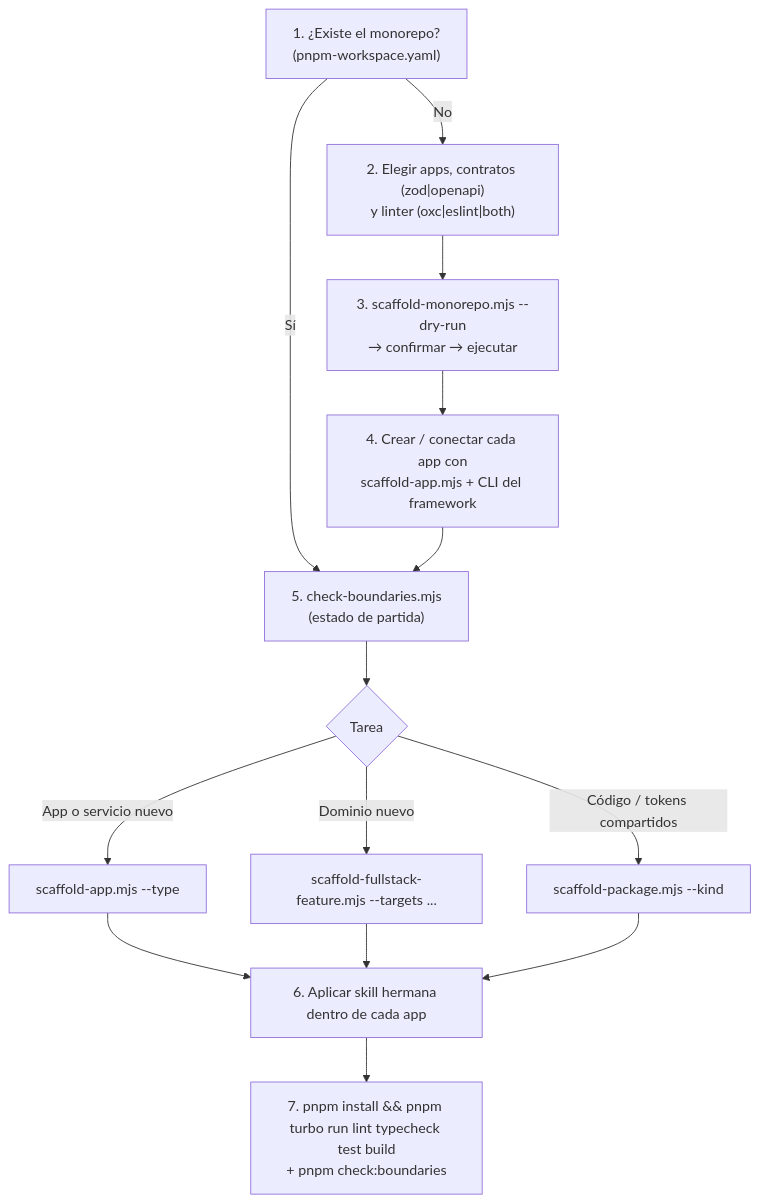
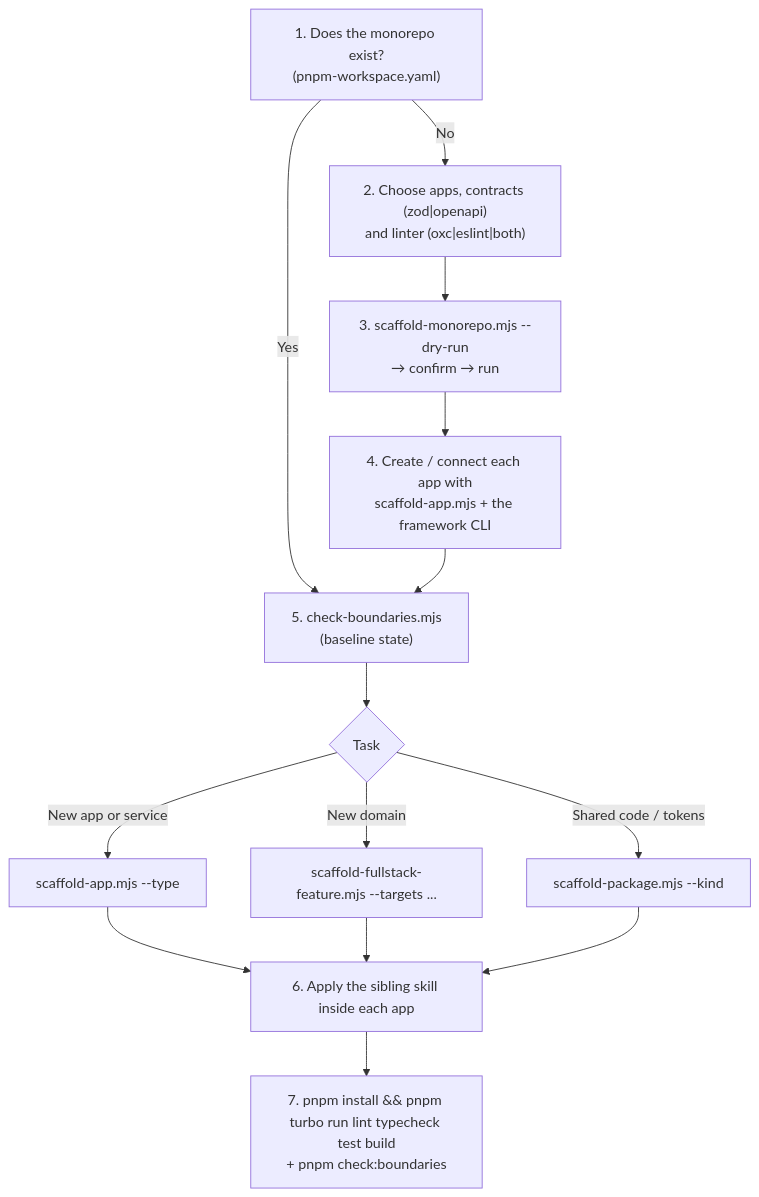
One commit to bryanus1/agent-skills changed the diagram in skills/architecture/monorepo-architecture/SKILL.md. Above: the diagram before and after it, drawn with Mermaid. The commit also changed other lines of this file and 55 other files, not shown here.

First line of the commit message:
docs(architecture): translate the architecture skills to English (#31)

````diff
--- a/skills/architecture/monorepo-architecture/SKILL.md
+++ b/skills/architecture/monorepo-architecture/SKILL.md
@@ -58,16 +61,16 @@
 ```mermaid
 flowchart TD
-    A["1. ¿Existe el monorepo?\n(pnpm-workspace.yaml)"] -->|No| B["2. Elegir apps, contratos (zod|openapi)\ny linter (oxc|eslint|both)"]
-    B --> C["3. scaffold-monorepo.mjs --dry-run\n→ confirmar → ejecutar"]
-    C --> D["4. Crear / conectar cada app con\nscaffold-app.mjs + CLI del framework"]
-    A -->|Sí| E["5. check-boundaries.mjs\n(estado de partida)"]
+    A["1. Does the monorepo exist?\n(pnpm-workspace.yaml)"] -->|No| B["2. Choose apps, contracts (zod|openapi)\nand linter (oxc|eslint|both)"]
+    B --> C["3. scaffold-monorepo.mjs --dry-run\n→ confirm → run"]
+    C --> D["4. Create / connect each app with\nscaffold-app.mjs + the framework CLI"]
+    A -->|Yes| E["5. check-boundaries.mjs\n(baseline state)"]
     D --> E
-    E --> F{"Tarea"}
-    F -->|"App o servicio nuevo"| G["scaffold-app.mjs <name> --type <preset>"]
-    F -->|"Dominio nuevo"| H["scaffold-fullstack-feature.mjs --targets ..."]
-    F -->|"Código / tokens compartidos"| I["scaffold-package.mjs --kind <kind>"]
-    G --> J["6. Aplicar skill hermana dentro de cada app"]
+    E --> F{"Task"}
+    F -->|"New app or service"| G["scaffold-app.mjs <name> --type <preset>"]
+    F -->|"New domain"| H["scaffold-fullstack-feature.mjs --targets ..."]
+    F -->|"Shared code / tokens"| I["scaffold-package.mjs --kind <kind>"]
+    G --> J["6. Apply the sibling skill inside each app"]
     H --> J
     I --> J
     J --> K["7. pnpm install && pnpm turbo run lint typecheck test build\n+ pnpm check:boundaries"]
 ```
````
